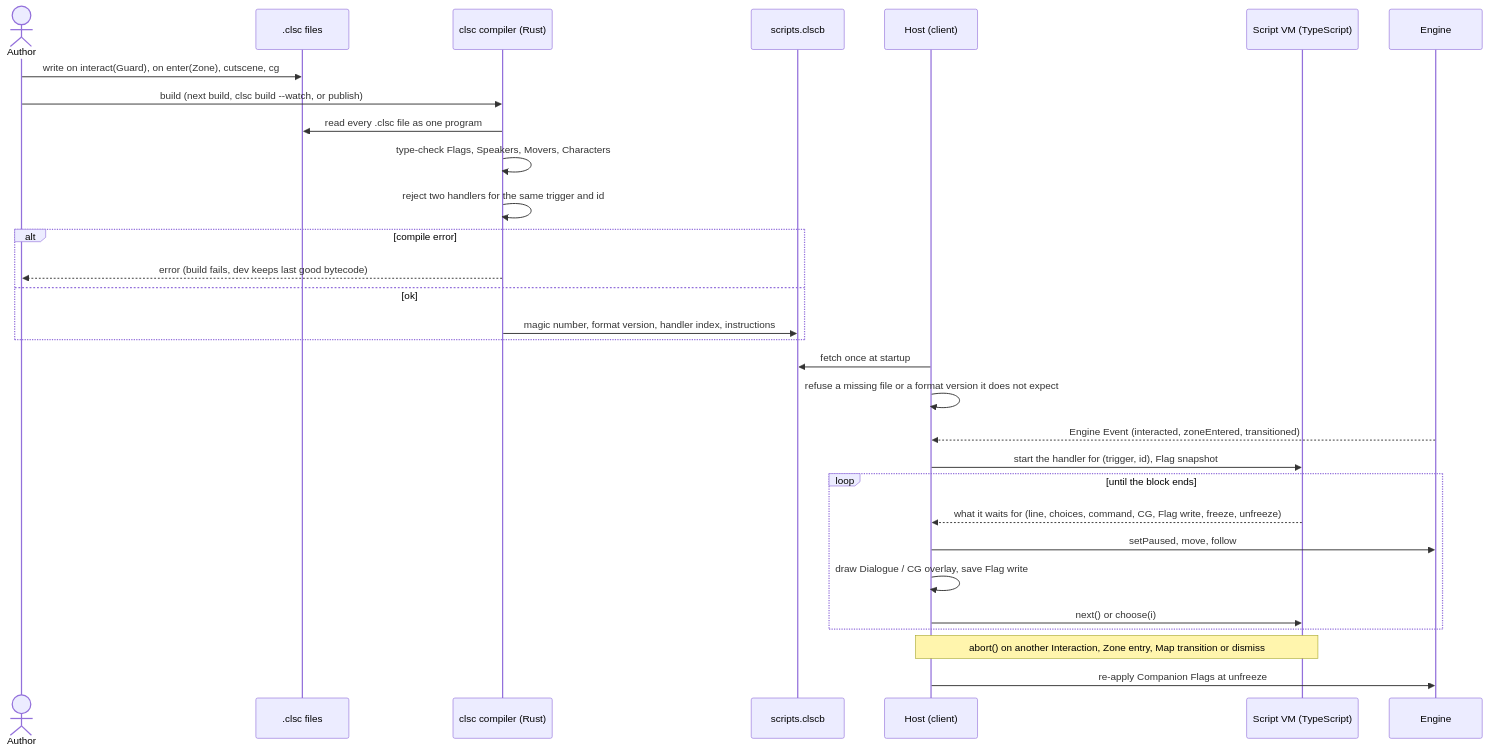
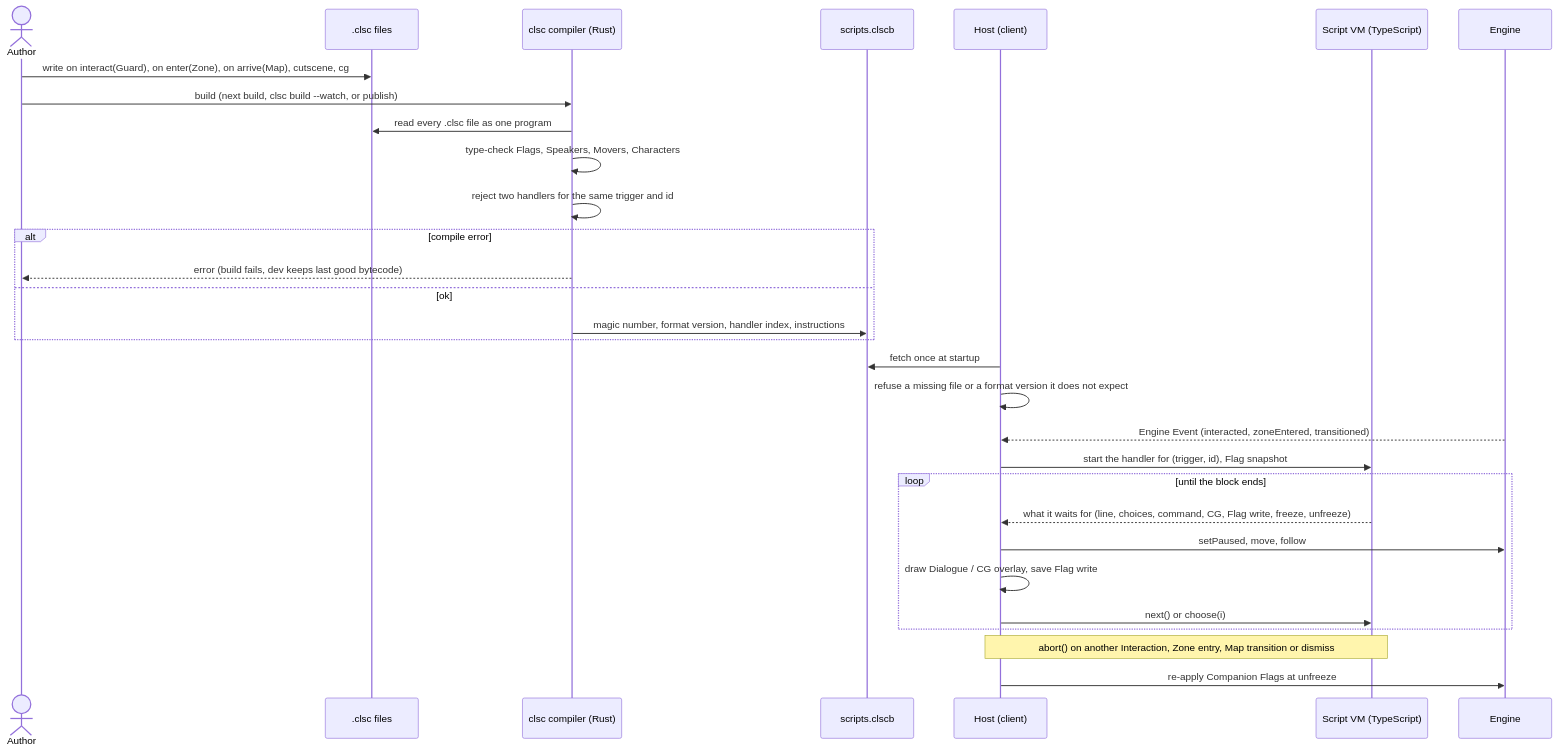
Before and after one commit to Palmkonde/rpg-webbase: the diagram in docs/mermaid/script-pipeline.md, drawn with Mermaid. The commit also changed 11 other files, not shown here.

First line of the commit message:
feat(clsc): handlers bind to a Map's arrival with on arrive(<map id>)

````diff
--- a/docs/mermaid/script-pipeline.md
+++ b/docs/mermaid/script-pipeline.md
@@ -1,33 +1,33 @@
 ```mermaid
 sequenceDiagram
   actor Author
   participant Src as .clsc files
   participant Compiler as clsc compiler (Rust)
   participant Bytecode as scripts.clscb
   participant Host as Host (client)
   participant VM as Script VM (TypeScript)
   participant Engine as Engine
 
-  Author->>Src: write on interact(Guard), on enter(Zone), cutscene, cg
+  Author->>Src: write on interact(Guard), on enter(Zone), on arrive(Map), cutscene, cg
   Author->>Compiler: build (next build, clsc build --watch, or publish)
   Compiler->>Src: read every .clsc file as one program
   Compiler->>Compiler: type-check Flags, Speakers, Movers, Characters
   Compiler->>Compiler: reject two handlers for the same trigger and id
   alt compile error
     Compiler-->>Author: error (build fails, dev keeps last good bytecode)
   else ok
     Compiler->>Bytecode: magic number, format version, handler index, instructions
   end
   Host->>Bytecode: fetch once at startup
   Host->>Host: refuse a missing file or a format version it does not expect
   Engine-->>Host: Engine Event (interacted, zoneEntered, transitioned)
   Host->>VM: start the handler for (trigger, id), Flag snapshot
   loop until the block ends
     VM-->>Host: what it waits for (line, choices, command, CG, Flag write, freeze, unfreeze)
     Host->>Engine: setPaused, move, follow
     Host->>Host: draw Dialogue / CG overlay, save Flag write
     Host->>VM: next() or choose(i)
   end
   Note over Host,VM: abort() on another Interaction, Zone entry, Map transition or dismiss
   Host->>Engine: re-apply Companion Flags at unfreeze
 ```
````
